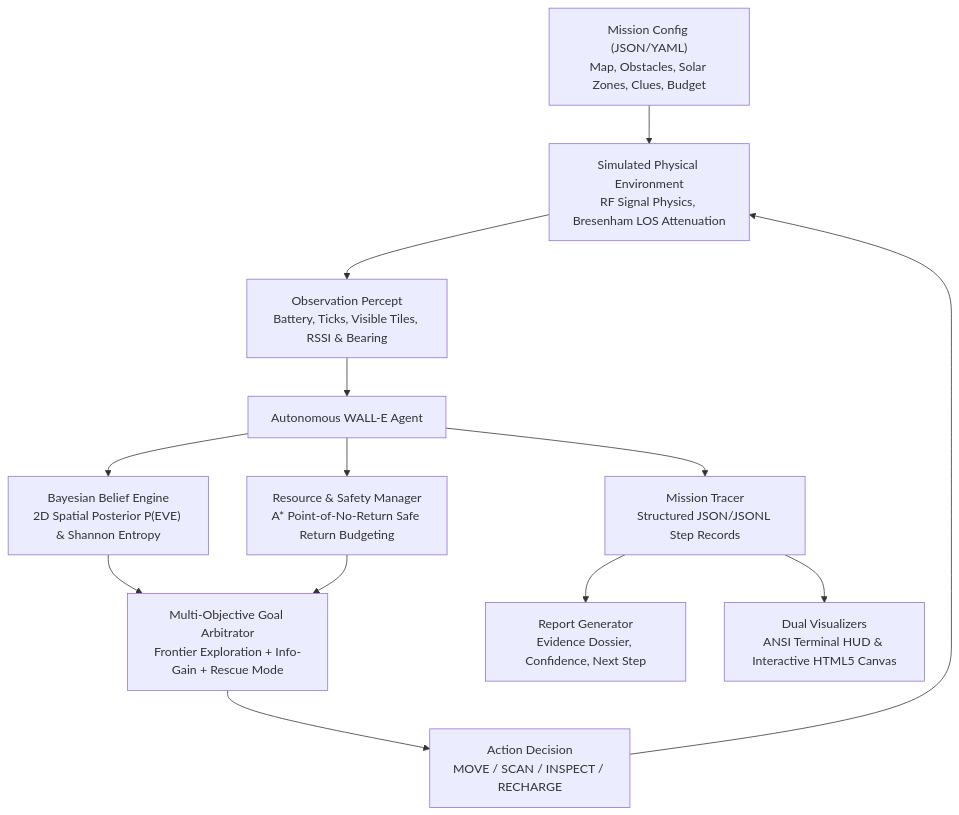
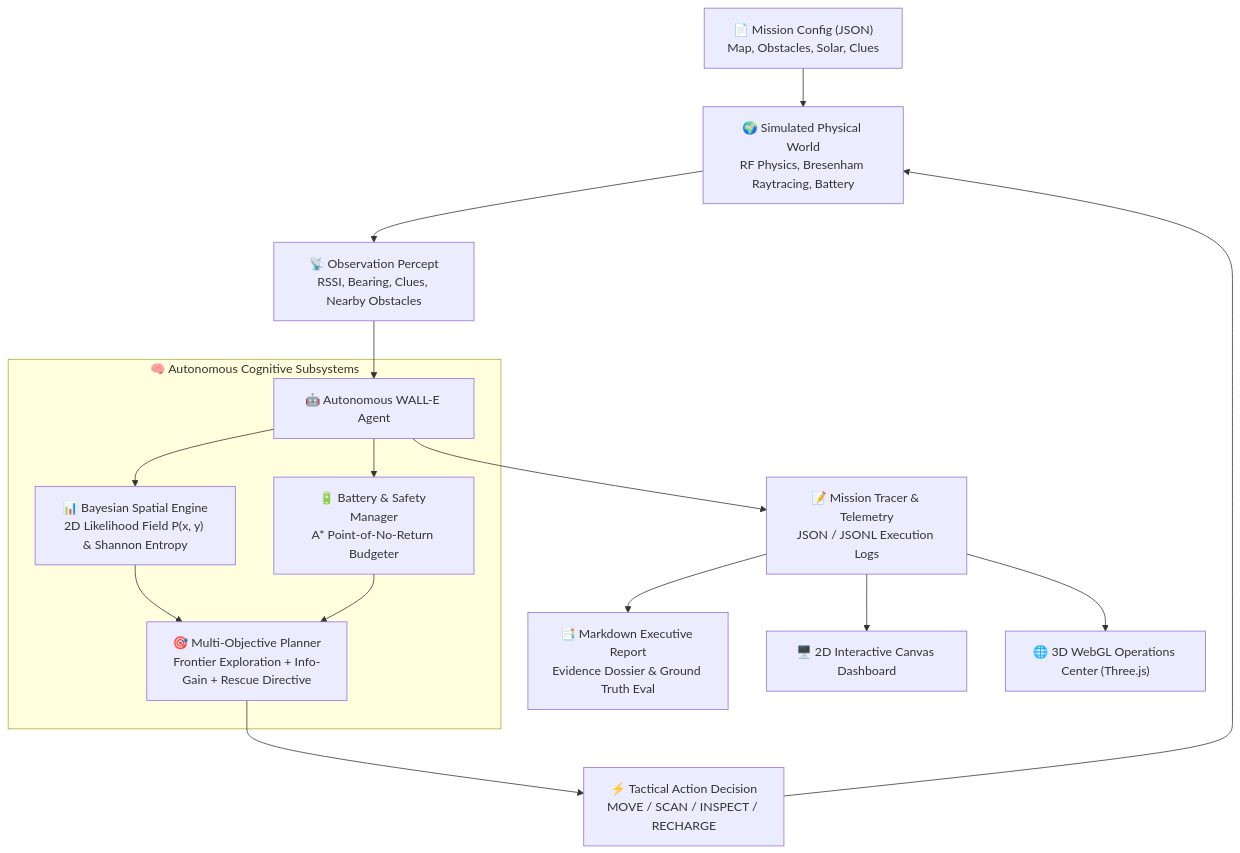
One commit to soham007-y/Wall-E changed the first of 2 diagrams in README.md. Above: the diagram before and after it, drawn with Mermaid. The commit also changed other lines of this file, not shown here.

Commit message:
docs: enrich README with interactive visualizers, state machine, and expandable mission dossiers

````diff
--- a/README.md
+++ b/README.md
@@ -9,15 +54,21 @@
 ```mermaid
 flowchart TD
-    Config["Mission Config (JSON/YAML)\nMap, Obstacles, Solar Zones, Clues, Budget"] --> Env["Simulated Physical Environment\nRF Signal Physics, Bresenham LOS Attenuation"]
-    Env --> Obs["Observation Percept\nBattery, Ticks, Visible Tiles, RSSI & Bearing"]
-    Obs --> Agent["Autonomous WALL-E Agent"]
-    Agent --> Belief["Bayesian Belief Engine\n2D Spatial Posterior P(EVE) & Shannon Entropy"]
-    Agent --> ResourceMgr["Resource & Safety Manager\nA* Point-of-No-Return Safe Return Budgeting"]
-    Belief --> Planner["Multi-Objective Goal Arbitrator\nFrontier Exploration + Info-Gain + Rescue Mode"]
-    ResourceMgr --> Planner
-    Planner --> Action["Action Decision\nMOVE / SCAN / INSPECT / RECHARGE"]
+    Config["📄 Mission Config (JSON)\nMap, Obstacles, Solar, Clues"] --> Env["🌍 Simulated Physical World\nRF Physics, Bresenham Raytracing, Battery"]
+    Env --> Percept["📡 Observation Percept\nRSSI, Bearing, Clues, Nearby Obstacles"]
+    Percept --> Agent["🤖 Autonomous WALL-E Agent"]
+    
+    subgraph Brain ["🧠 Autonomous Cognitive Subsystems"]
+        Agent --> Belief["📊 Bayesian Spatial Engine\n2D Likelihood Field P(x, y) & Shannon Entropy"]
+        Agent --> Safety["🔋 Battery & Safety Manager\nA* Point-of-No-Return Budgeter"]
+        Belief --> Planner["🎯 Multi-Objective Planner\nFrontier Exploration + Info-Gain + Rescue Directive"]
+        Safety --> Planner
+    end
+
+    Planner --> Action["⚡ Tactical Action Decision\nMOVE / SCAN / INSPECT / RECHARGE"]
     Action --> Env
-    Agent --> Logger["Mission Tracer\nStructured JSON/JSONL Step Records"]
-    Logger --> Reporter["Report Generator\nEvidence Dossier, Confidence, Next Step"]
-    Logger --> Vis["Dual Visualizers\nANSI Terminal HUD & Interactive HTML5 Canvas"]
+
+    Agent --> Logger["📝 Mission Tracer & Telemetry\nJSON / JSONL Execution Logs"]
+    Logger --> Reporter["📑 Markdown Executive Report\nEvidence Dossier & Ground Truth Eval"]
+    Logger --> HTMLVis["🖥️ 2D Interactive Canvas Dashboard"]
+    Logger --> WebGLVis["🌐 3D WebGL Operations Center (Three.js)"]
 ```
````
